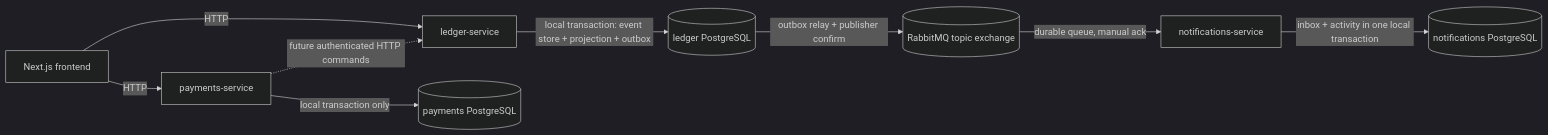
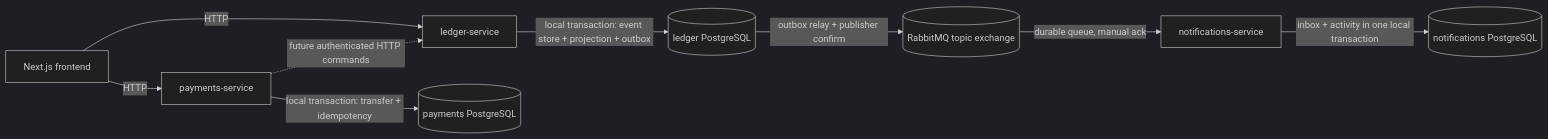
Before and after one commit to rekverr/p2p-ledger-starter: the diagram in README.md, drawn with Mermaid (dark theme). The commit also changed other lines of this file and 19 other files, not shown here.

````diff
--- a/README.md
+++ b/README.md
@@ -24,20 +26,20 @@
 ```mermaid
 flowchart LR
   FE[Next.js frontend]
   L[ledger-service]
   P[payments-service]
   N[notifications-service]
   LDB[(ledger PostgreSQL)]
   PDB[(payments PostgreSQL)]
   NDB[(notifications PostgreSQL)]
   RMQ[(RabbitMQ topic exchange)]
 
   FE -->|HTTP| L
   FE -->|HTTP| P
   P -.->|future authenticated HTTP commands| L
   L -->|local transaction: event store + projection + outbox| LDB
-  P -->|local transaction only| PDB
+  P -->|local transaction: transfer + idempotency| PDB
   N -->|inbox + activity in one local transaction| NDB
   LDB -->|outbox relay + publisher confirm| RMQ
   RMQ -->|durable queue, manual ack| N
 ```
````
